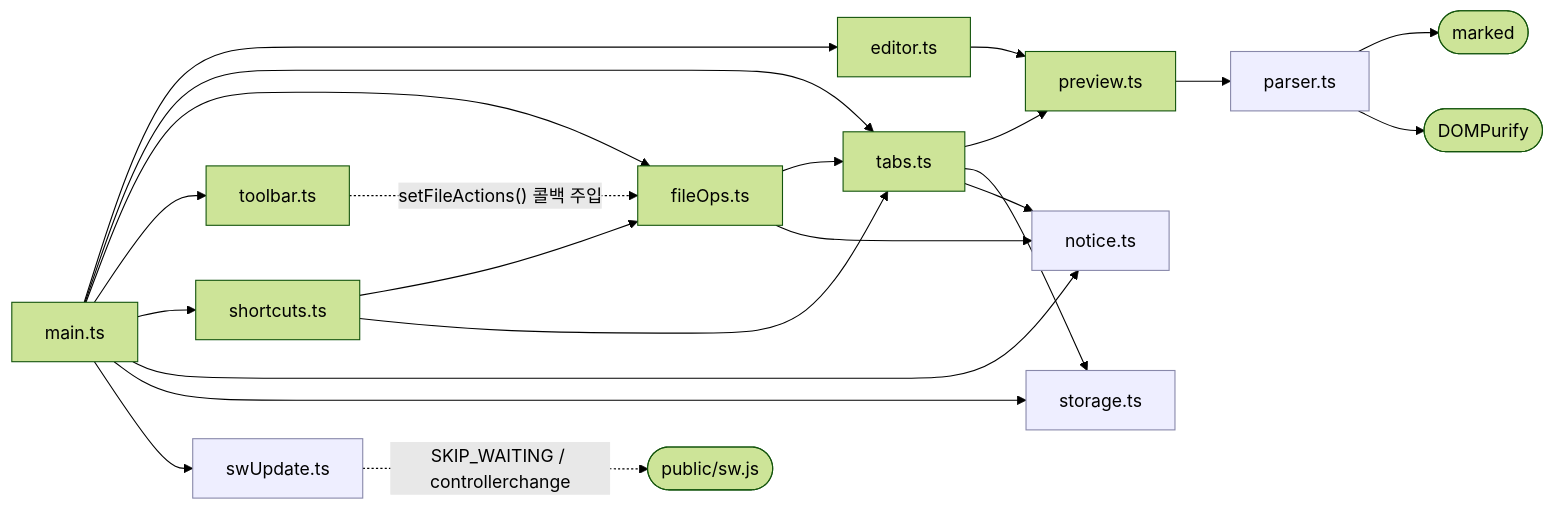
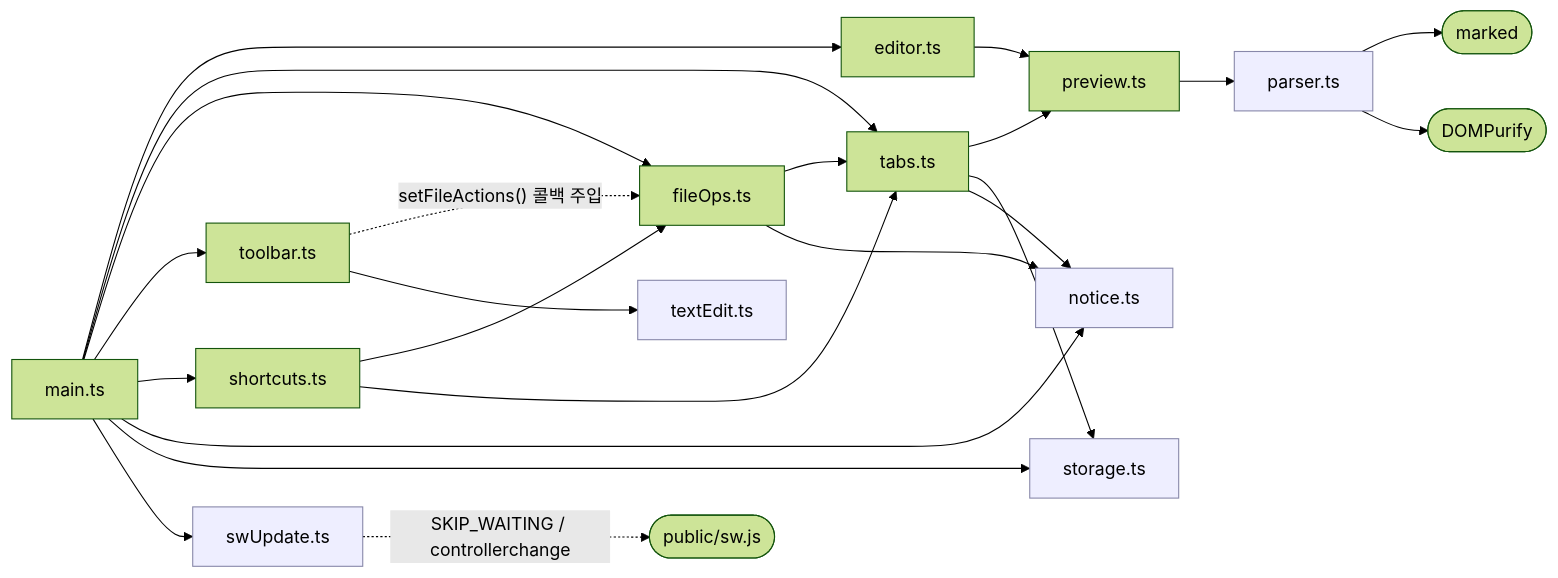
The diagram in docs/architecture/traceability.md (devworld-ltd/markdownEditor), drawn with Mermaid (forest theme) before and after one commit. The commit also changed other lines of this file and 5 other files, not shown here.

````diff
--- a/docs/architecture/traceability.md
+++ b/docs/architecture/traceability.md
@@ -39,29 +39,30 @@
 ```mermaid
 graph LR
   main["main.ts"] --> editor["editor.ts"]
   main --> tabs["tabs.ts"]
   main --> fileOps["fileOps.ts"]
   main --> toolbar["toolbar.ts"]
   main --> shortcuts["shortcuts.ts"]
   main --> notice["notice.ts"]
   main --> storage["storage.ts"]
   main --> swUpdate["swUpdate.ts"]
   swUpdate -. "SKIP_WAITING / controllerchange" .-> sw(["public/sw.js"])
 
   editor --> preview["preview.ts"]
   tabs --> preview
   tabs --> storage
   preview --> parser["parser.ts"]
   parser --> marked(["marked"])
   parser --> purify(["DOMPurify"])
 
   fileOps --> tabs
   fileOps --> notice
   tabs --> notice
   shortcuts --> fileOps
   shortcuts --> tabs
   toolbar -. "setFileActions() 콜백 주입" .-> fileOps
+  toolbar --> textEdit["textEdit.ts"]
 
   classDef leaf fill:#eef,stroke:#88a
-  class parser,storage,notice,swUpdate leaf
+  class parser,storage,notice,swUpdate,textEdit leaf
 ```
````
